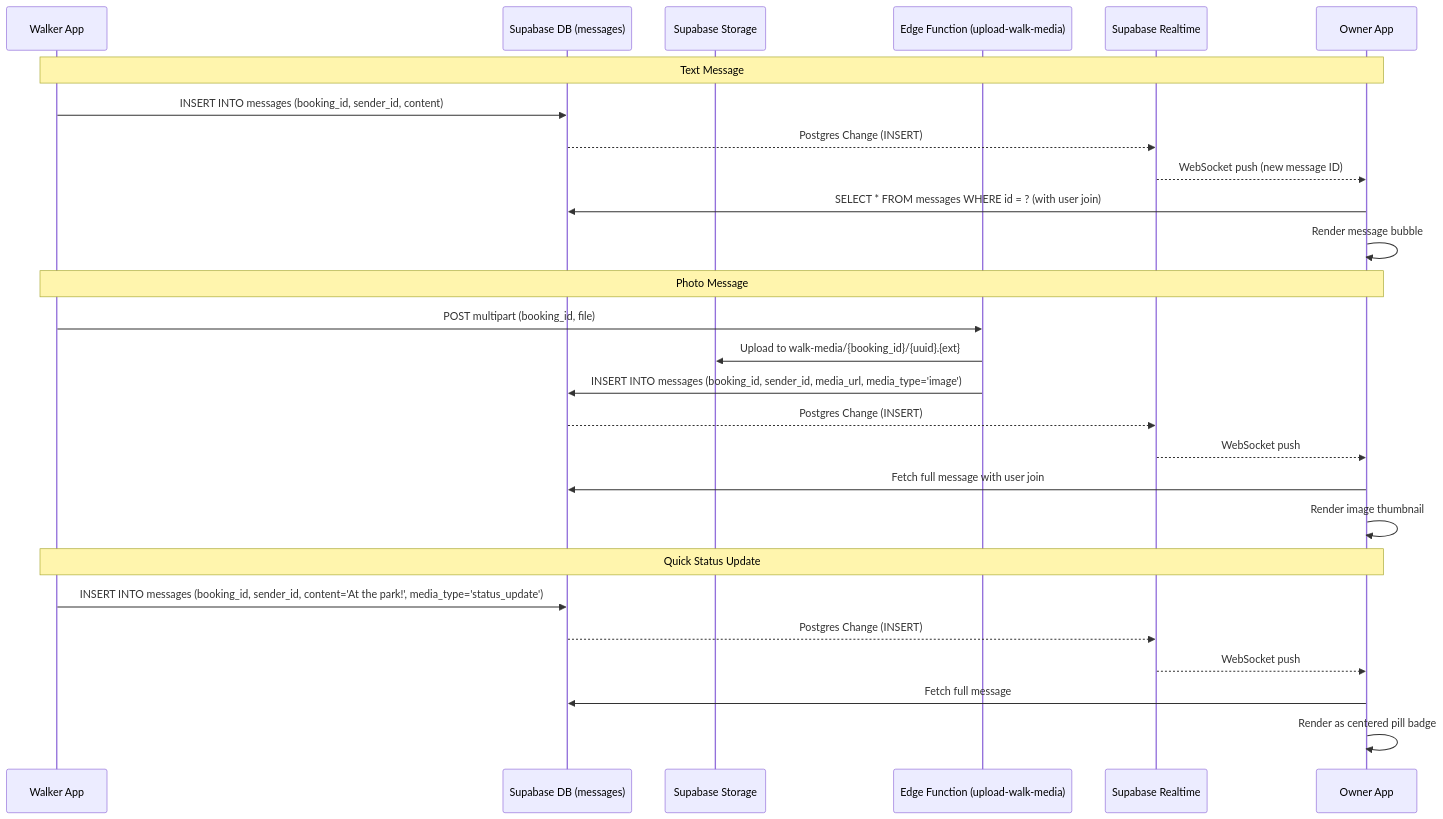
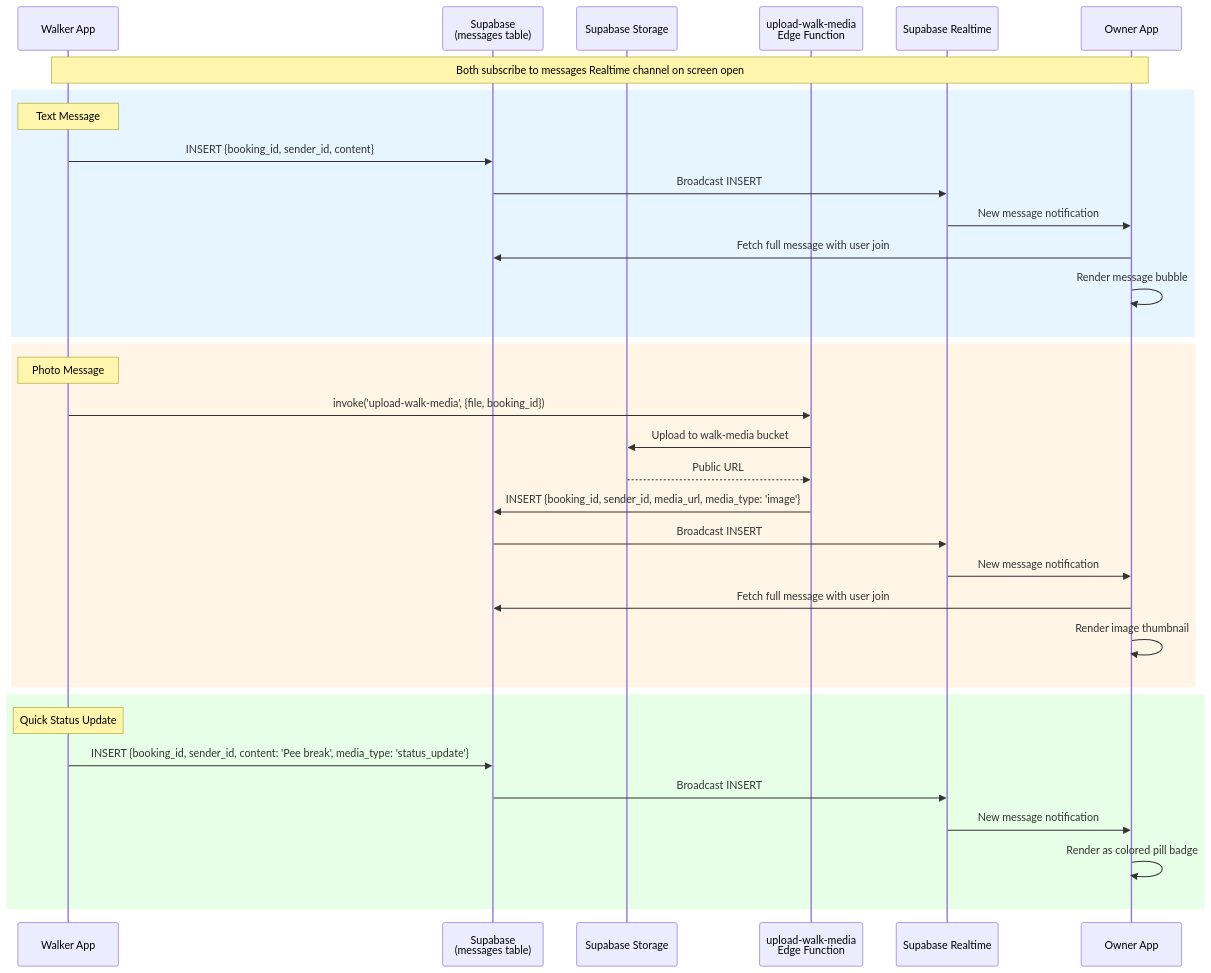
Before and after one commit to benzzdan/pawgo_flutter: the third of 4 diagrams in docs/gps-chat-architecture.md, drawn with Mermaid. The commit also changed other lines of this file, not shown here.

First line of the commit message:
feat: [US-001] - Enhance GPS + chat architecture documentation

````diff
--- a/docs/gps-chat-architecture.md
+++ b/docs/gps-chat-architecture.md
@@ -159,32 +181,40 @@
 ```mermaid
 sequenceDiagram
-    participant W as Walker App
-    participant DB as Supabase DB (messages)
-    participant ST as Supabase Storage
-    participant EF as Edge Function (upload-walk-media)
+    participant Walker as Walker App
+    participant Supa as Supabase<br/>(messages table)
+    participant Storage as Supabase Storage
+    participant EF as upload-walk-media<br/>Edge Function
     participant RT as Supabase Realtime
-    participant O as Owner App
+    participant Owner as Owner App
 
-    Note over W,O: Text Message
-    W->>DB: INSERT INTO messages (booking_id, sender_id, content)
-    DB-->>RT: Postgres Change (INSERT)
-    RT-->>O: WebSocket push (new message ID)
-    O->>DB: SELECT * FROM messages WHERE id = ? (with user join)
-    O->>O: Render message bubble
+    Note over Walker,Owner: Both subscribe to messages Realtime channel on screen open
 
-    Note over W,O: Photo Message
-    W->>EF: POST multipart (booking_id, file)
-    EF->>ST: Upload to walk-media/{booking_id}/{uuid}.{ext}
-    EF->>DB: INSERT INTO messages (booking_id, sender_id, media_url, media_type='image')
-    DB-->>RT: Postgres Change (INSERT)
-    RT-->>O: WebSocket push
-    O->>DB: Fetch full message with user join
-    O->>O: Render image thumbnail
+    rect rgb(230, 245, 255)
+        Note over Walker: Text Message
+        Walker->>Supa: INSERT {booking_id, sender_id, content}
+        Supa->>RT: Broadcast INSERT
+        RT->>Owner: New message notification
+        Owner->>Supa: Fetch full message with user join
+        Owner->>Owner: Render message bubble
+    end
 
-    Note over W,O: Quick Status Update
-    W->>DB: INSERT INTO messages (booking_id, sender_id, content='At the park!', media_type='status_update')
-    DB-->>RT: Postgres Change (INSERT)
-    RT-->>O: WebSocket push
-    O->>DB: Fetch full message
-    O->>O: Render as centered pill badge
+    rect rgb(255, 245, 230)
+        Note over Walker: Photo Message
+        Walker->>EF: invoke('upload-walk-media', {file, booking_id})
+        EF->>Storage: Upload to walk-media bucket
+        Storage-->>EF: Public URL
+        EF->>Supa: INSERT {booking_id, sender_id, media_url, media_type: 'image'}
+        Supa->>RT: Broadcast INSERT
+        RT->>Owner: New message notification
+        Owner->>Supa: Fetch full message with user join
+        Owner->>Owner: Render image thumbnail
+    end
+
+    rect rgb(230, 255, 230)
+        Note over Walker: Quick Status Update
+        Walker->>Supa: INSERT {booking_id, sender_id, content: 'Pee break', media_type: 'status_update'}
+        Supa->>RT: Broadcast INSERT
+        RT->>Owner: New message notification
+        Owner->>Owner: Render as colored pill badge
+    end
 ```
````
